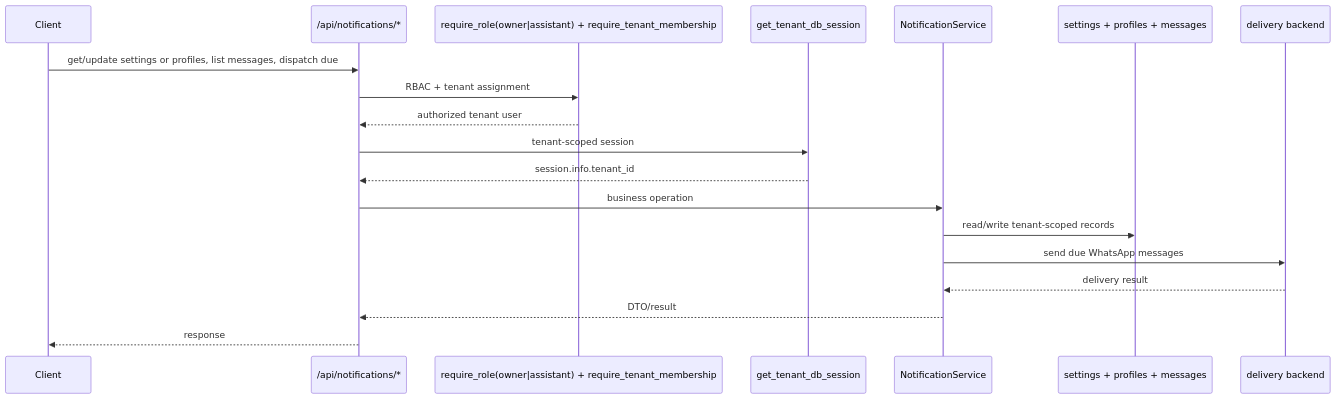
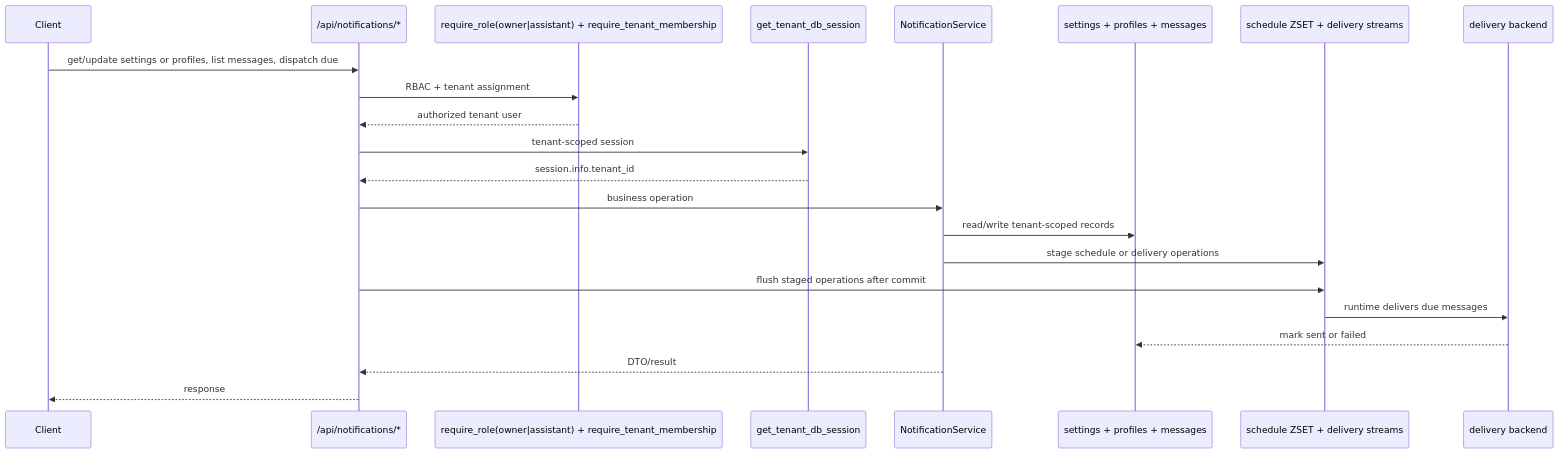
The first of 2 diagrams in docs/features/notification.md (adriangpo/mindflow-api), drawn with Mermaid before and after one commit. The commit also changed other lines of this file and 43 other files, not shown here.

````diff
--- a/docs/features/notification.md
+++ b/docs/features/notification.md
@@ -34,22 +36,25 @@
 ```mermaid
 sequenceDiagram
     participant Client
     participant Router as /api/notifications/*
     participant Guard as require_role(owner|assistant) + require_tenant_membership
     participant TenantDB as get_tenant_db_session
     participant Service as NotificationService
     participant DB as settings + profiles + messages
+    participant Redis as schedule ZSET + delivery streams
     participant Backend as delivery backend
 
     Client->>Router: get/update settings or profiles, list messages, dispatch due
     Router->>Guard: RBAC + tenant assignment
     Guard-->>Router: authorized tenant user
     Router->>TenantDB: tenant-scoped session
     TenantDB-->>Router: session.info.tenant_id
     Router->>Service: business operation
     Service->>DB: read/write tenant-scoped records
-    Service->>Backend: send due WhatsApp messages
-    Backend-->>Service: delivery result
+    Service->>Redis: stage schedule or delivery operations
+    Router->>Redis: flush staged operations after commit
+    Redis->>Backend: runtime delivers due messages
+    Backend-->>DB: mark sent or failed
     Service-->>Router: DTO/result
     Router-->>Client: response
 ```
````
